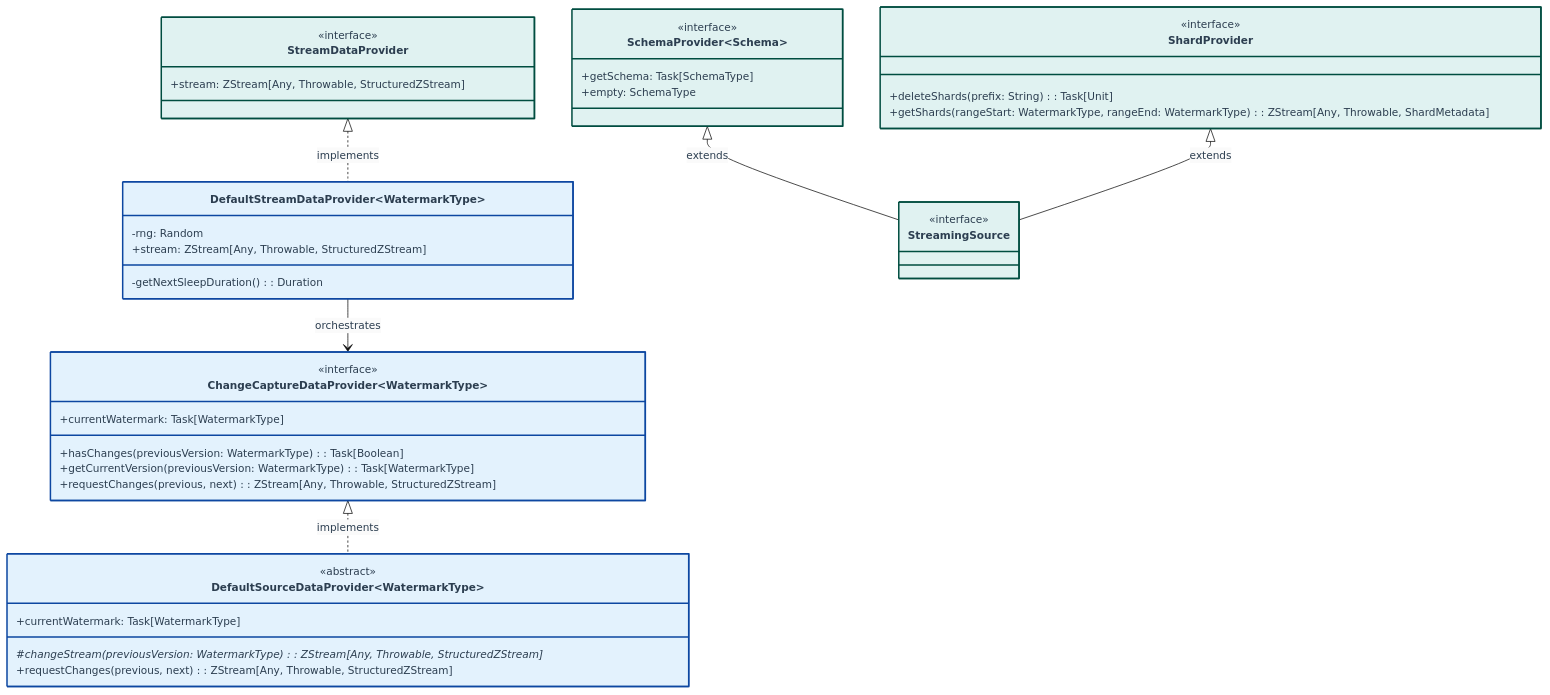
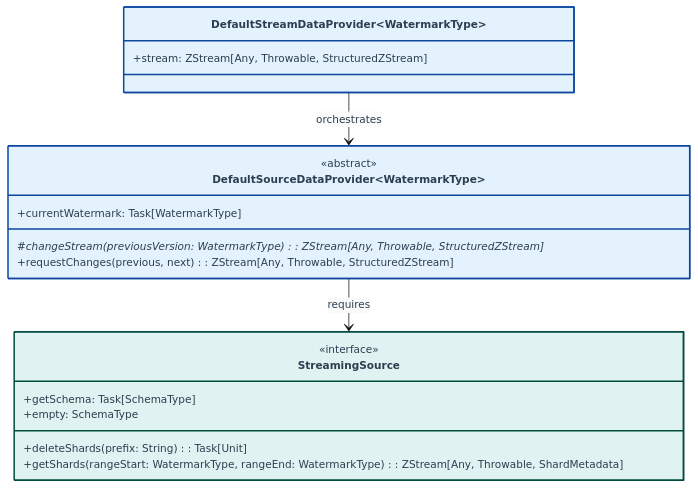
The second of 3 diagrams in docs/class_diagram.md (SneaksAndData/arcane-framework-scala), drawn with Mermaid before and after one commit.

````diff
--- a/docs/class_diagram.md
+++ b/docs/class_diagram.md
@@ -65,72 +65,46 @@
 ```mermaid
 %%{init: {
   "theme": "base",
   "themeVariables": {
     "primaryColor": "#fafafa",
     "primaryTextColor": "#2c3e50",
     "primaryBorderColor": "#7f8c8d",
     "lineColor": "#111111",
     "arrowheadColor": "#111111",
     "secondaryColor": "#fdfdfd",
     "tertiaryColor": "#ffffff",
     "fontSize": "14px",
     "fontFamily": "Fira Code, Menlo, Monaco, Consolas, Courier New, monospace"
   },
   "class": {
     "curve": "linear"
   }
 } }%%
 classDiagram
     direction TB
 
-    class StreamDataProvider {
-        <<interface>>
+    class DefaultStreamDataProvider~WatermarkType~ {
         +stream: ZStream[Any, Throwable, StructuredZStream]
-    }
-    class DefaultStreamDataProvider~WatermarkType~ {
-        -rng: Random
-        -getNextSleepDuration(): Duration
-        +stream: ZStream[Any, Throwable, StructuredZStream]
-    }
-    class ChangeCaptureDataProvider~WatermarkType~ {
-        <<interface>>
-        +hasChanges(previousVersion: WatermarkType): Task[Boolean]
-        +getCurrentVersion(previousVersion: WatermarkType): Task[WatermarkType]
-        +requestChanges(previous, next): ZStream[Any, Throwable, StructuredZStream]
-        +currentWatermark: Task[WatermarkType]
     }
     class DefaultSourceDataProvider~WatermarkType~ {
         <<abstract>>
         #changeStream(previousVersion: WatermarkType): ZStream[Any, Throwable, StructuredZStream]*
         +requestChanges(previous, next): ZStream[Any, Throwable, StructuredZStream]
         +currentWatermark: Task[WatermarkType]
     }
-    class SchemaProvider~Schema~ {
+    class StreamingSource {
         <<interface>>
         +getSchema: Task[SchemaType]
         +empty: SchemaType
-    }
-    class ShardProvider {
-        <<interface>>
         +deleteShards(prefix: String): Task[Unit]
         +getShards(rangeStart: WatermarkType, rangeEnd: WatermarkType): ZStream[Any, Throwable, ShardMetadata]
     }
-    class StreamingSource {
-        <<interface>>
-    }
 
-    StreamDataProvider <|.. DefaultStreamDataProvider : implements
-    DefaultStreamDataProvider --> ChangeCaptureDataProvider : orchestrates
-    ChangeCaptureDataProvider <|.. DefaultSourceDataProvider : implements
-    SchemaProvider <|-- StreamingSource : extends
-    ShardProvider <|-- StreamingSource : extends
+    DefaultStreamDataProvider --> DefaultSourceDataProvider : orchestrates
+    DefaultSourceDataProvider --> StreamingSource : requires
 
-    style StreamDataProvider fill:#e0f2f1,stroke:#004d40,stroke-width:2px
-    style SchemaProvider fill:#e0f2f1,stroke:#004d40,stroke-width:2px
-    style ShardProvider fill:#e0f2f1,stroke:#004d40,stroke-width:2px
     style StreamingSource fill:#e0f2f1,stroke:#004d40,stroke-width:2px
 
-    style ChangeCaptureDataProvider fill:#e3f2fd,stroke:#0d47a1,stroke-width:2px
     style DefaultStreamDataProvider fill:#e3f2fd,stroke:#0d47a1,stroke-width:2px
     style DefaultSourceDataProvider fill:#e3f2fd,stroke:#0d47a1,stroke-width:2px
 ```
````
